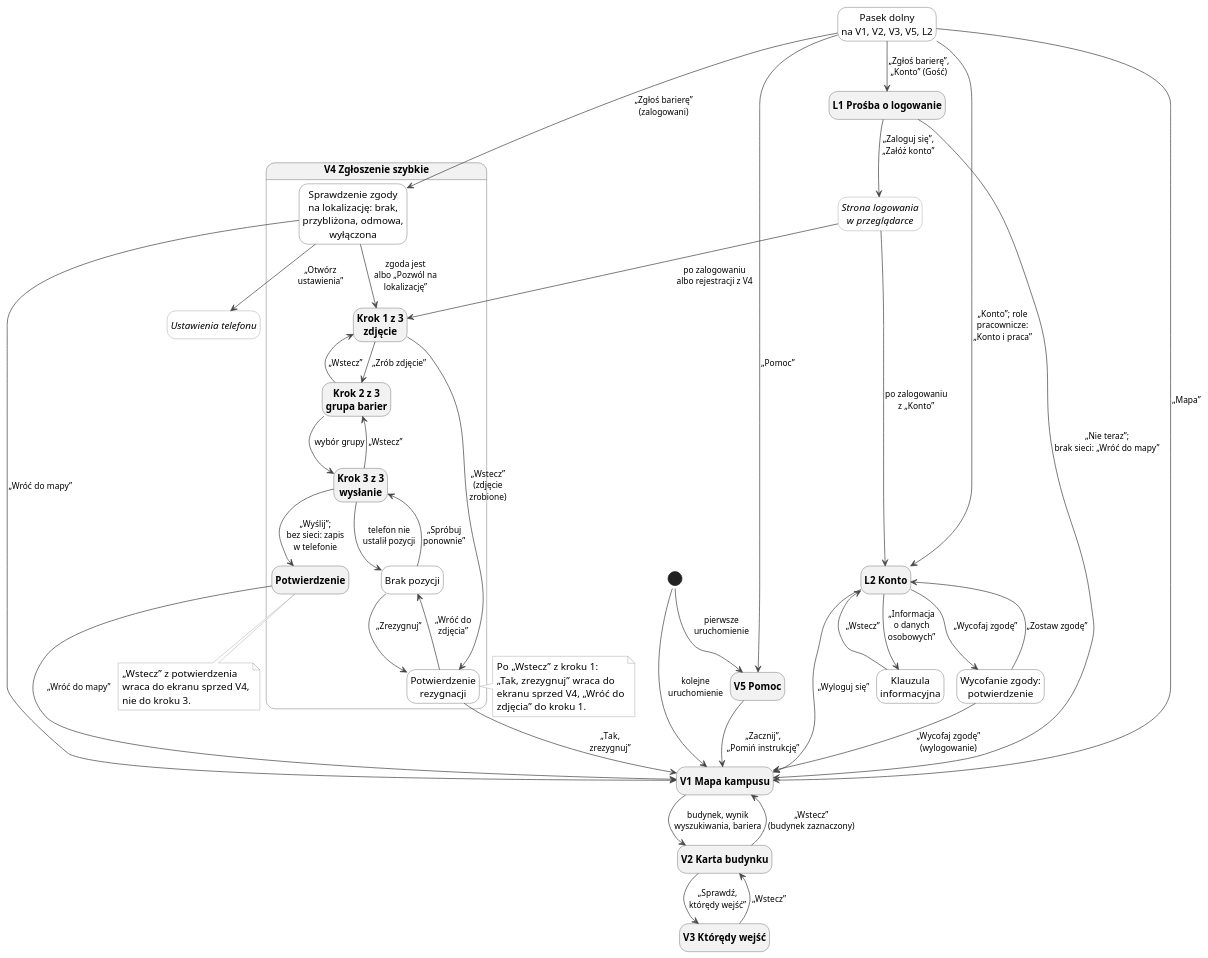
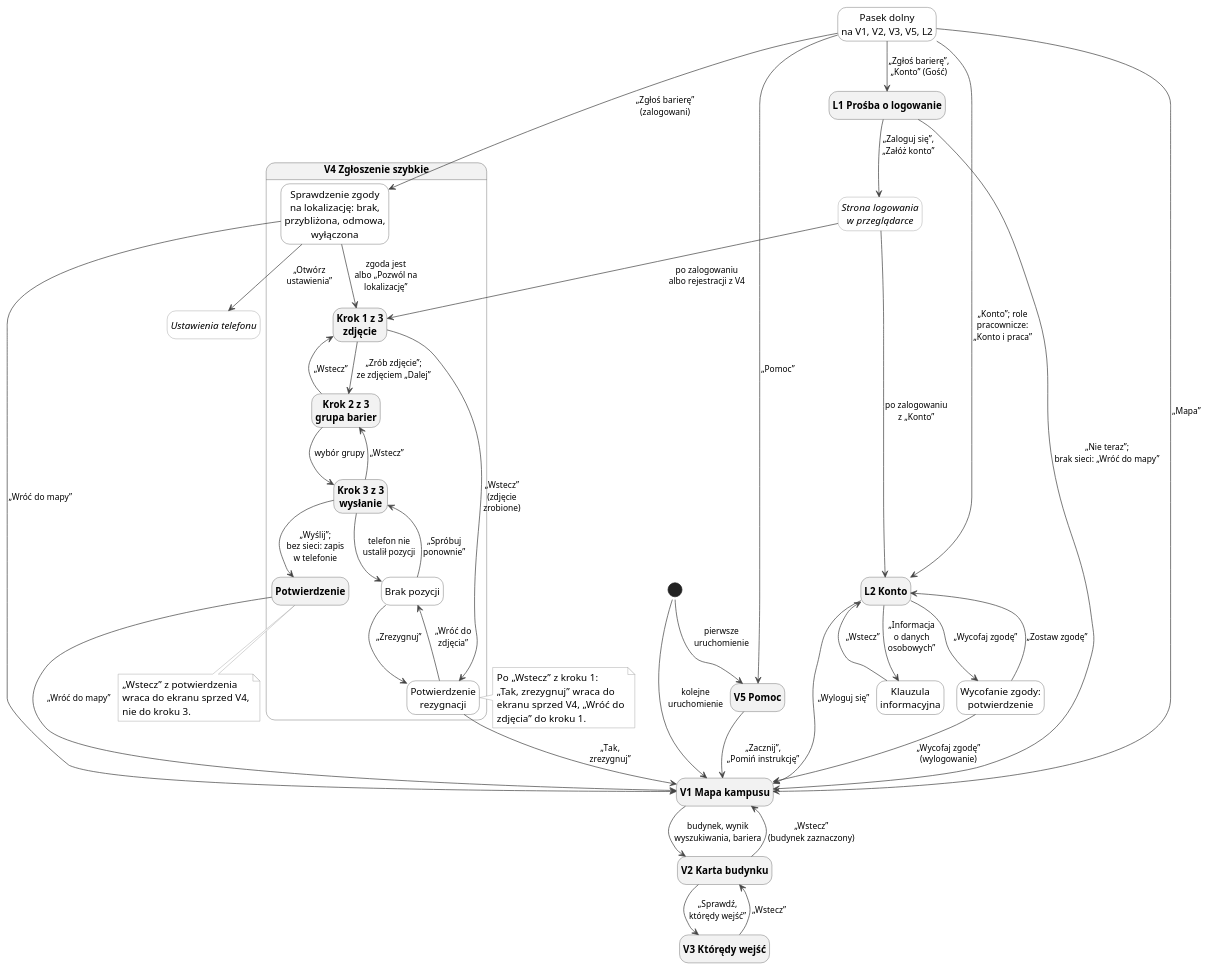
The diagram in docs/docs/ux/nawigacja-odwiedzajacy.puml (dostepny-kampus/dostepny-kampus), drawn with PlantUML before and after one commit. The commit also changed 3 other files, not shown here.

```diff
--- a/docs/docs/ux/nawigacja-odwiedzajacy.puml
+++ b/docs/docs/ux/nawigacja-odwiedzajacy.puml
@@ -1,103 +1,103 @@
 @startuml
 !pragma layout smetana
 hide empty description
 skinparam defaultFontSize 14
 skinparam ArrowColor #444444
 skinparam ArrowFontSize 12
 skinparam state {
   BackgroundColor #F2F2F2
   BorderColor #444444
   FontStyle bold
 }
 skinparam state<<poza>> {
   BackgroundColor #FFFFFF
   BorderColor #888888
   FontStyle italic
 }
 skinparam state<<stan>> {
   BackgroundColor #FFFFFF
   BorderColor #444444
   FontStyle normal
 }
 skinparam note {
   BackgroundColor #FFFFFF
   BorderColor #888888
 }
 
 state "V5 Pomoc" as V5
 state "V1 Mapa kampusu" as V1
 state "V2 Karta budynku" as V2
 state "V3 Którędy wejść" as V3
 state "Pasek dolny\nna V1, V2, V3, V5, L2" as PASEK <<stan>>
 state "L1 Prośba o logowanie" as L1
 state "L2 Konto" as L2
 state "Klauzula\ninformacyjna" as KL <<stan>>
 state "Wycofanie zgody:\npotwierdzenie" as WZ <<stan>>
 state "Strona logowania\nw przeglądarce" as WWW <<poza>>
 state "Ustawienia telefonu" as UST <<poza>>
 
 state "V4 Zgłoszenie szybkie" as V4 {
   state "Sprawdzenie zgody\nna lokalizację: brak,\nprzybliżona, odmowa,\nwyłączona" as ZG <<stan>>
   state "Krok 1 z 3\nzdjęcie" as K1
   state "Krok 2 z 3\ngrupa barier" as K2
   state "Krok 3 z 3\nwysłanie" as K3
   state "Brak pozycji" as BP <<stan>>
   state "Potwierdzenie\nrezygnacji" as PR <<stan>>
   state "Potwierdzenie" as POT
 }
 
 [*] --> V5 : pierwsze\nuruchomienie
 [*] --> V1 : kolejne\nuruchomienie
 V5 --> V1 : „Zacznij”,\n„Pomiń instrukcję”
 V1 --> V2 : budynek, wynik\nwyszukiwania, bariera
 V2 --> V1 : „Wstecz”\n(budynek zaznaczony)
 V2 --> V3 : „Sprawdź,\nktórędy wejść”
 V3 --> V2 : „Wstecz”
 
 PASEK --> V1 : „Mapa”
 PASEK --> V5 : „Pomoc”
 PASEK --> ZG : „Zgłoś barierę”\n(zalogowani)
 PASEK --> L1 : „Zgłoś barierę”,\n„Konto” (Gość)
 PASEK --> L2 : „Konto”; role\npracownicze:\n„Konto i praca”
 
 ZG --> K1 : zgoda jest\nalbo „Pozwól na\nlokalizację”
 ZG --> UST : „Otwórz\nustawienia”
 ZG --> V1 : „Wróć do mapy”
-K1 --> K2 : „Zrób zdjęcie”
+K1 --> K2 : „Zrób zdjęcie”;\nze zdjęciem „Dalej”
 K2 --> K3 : wybór grupy
 K2 --> K1 : „Wstecz”
 K1 --> PR : „Wstecz”\n(zdjęcie\nzrobione)
 K3 --> K2 : „Wstecz”
 K3 --> POT : „Wyślij”;\nbez sieci: zapis\nw telefonie
 K3 --> BP : telefon nie\nustalił pozycji
 BP --> K3 : „Spróbuj\nponownie”
 BP --> PR : „Zrezygnuj”
 PR --> BP : „Wróć do\nzdjęcia”
 PR --> V1 : „Tak,\nzrezygnuj”
 POT --> V1 : „Wróć do mapy”
 
 L1 --> WWW : „Zaloguj się”,\n„Załóż konto”
 WWW --> K1 : po zalogowaniu\nalbo rejestracji z V4
 WWW --> L2 : po zalogowaniu\nz „Konto”
 L1 --> V1 : „Nie teraz”;\nbrak sieci: „Wróć do mapy”
 
 L2 --> V1 : „Wyloguj się”
 L2 --> WZ : „Wycofaj zgodę”
 WZ --> L2 : „Zostaw zgodę”
 WZ --> V1 : „Wycofaj zgodę”\n(wylogowanie)
 L2 --> KL : „Informacja\no danych\nosobowych”
 KL --> L2 : „Wstecz”
 
 note right of PR
   Po „Wstecz” z kroku 1:
   „Tak, zrezygnuj” wraca do
   ekranu sprzed V4, „Wróć do
   zdjęcia” do kroku 1.
 end note
 
 note bottom of POT
   „Wstecz” z potwierdzenia
   wraca do ekranu sprzed V4,
   nie do kroku 3.
 end note
 @enduml
```
